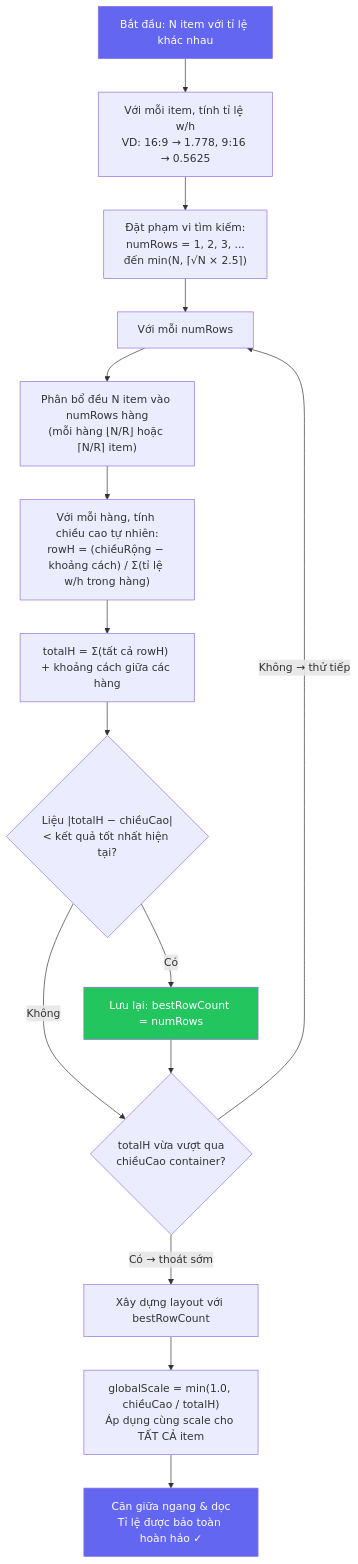
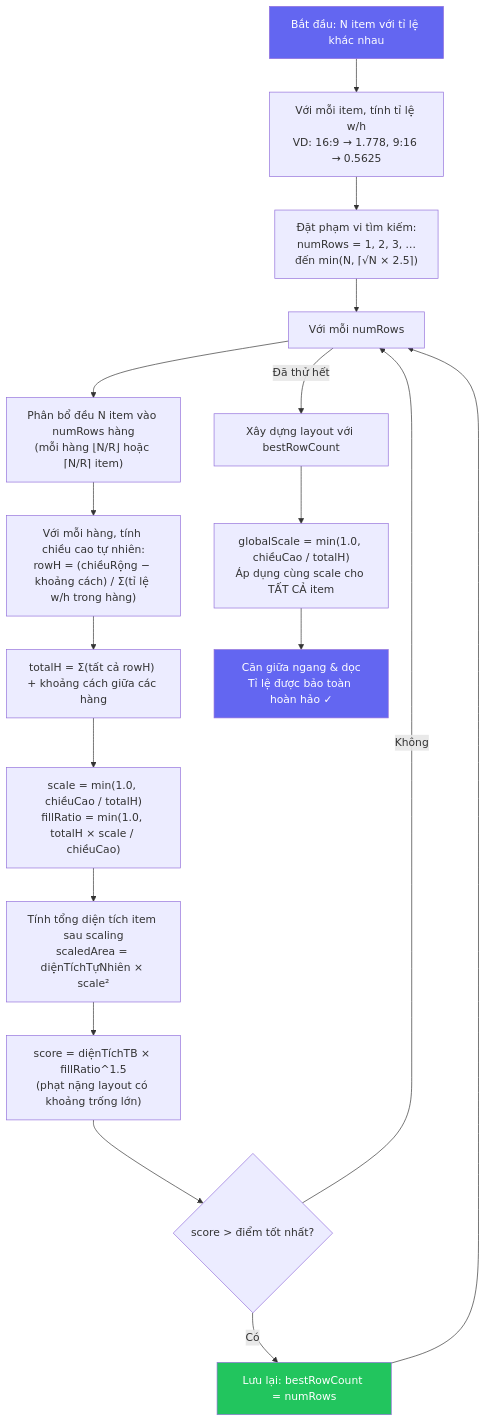
One commit to thangdevalone/meeting-grid-layout changed the diagram in README.vi.md. Above: the diagram before and after it, drawn with Mermaid. The commit also changed other lines of this file and 4 other files, not shown here.

````diff
--- a/README.vi.md
+++ b/README.vi.md
@@ -302,21 +304,23 @@
 ```mermaid
 flowchart TD
     A["Bắt đầu: N item với tỉ lệ khác nhau"] --> B["Với mỗi item, tính tỉ lệ w/h\nVD: 16:9 → 1.778, 9:16 → 0.5625"]
     B --> C["Đặt phạm vi tìm kiếm:\nnumRows = 1, 2, 3, ...\nđến min(N, ⌈√N × 2.5⌉)"]
     C --> D["Với mỗi numRows"]
     D --> E["Phân bổ đều N item vào numRows hàng\n(mỗi hàng ⌊N/R⌋ hoặc ⌈N/R⌉ item)"]
     E --> F["Với mỗi hàng, tính chiều cao tự nhiên:\nrowH = (chiềuRộng − khoảng cách) / Σ(tỉ lệ w/h trong hàng)"]
     F --> G["totalH = Σ(tất cả rowH) + khoảng cách giữa các hàng"]
-    G --> H{"Liệu |totalH − chiềuCao|\n< kết quả tốt nhất hiện tại?"}
-    H -- Có --> I["Lưu lại: bestRowCount = numRows"]
-    H -- Không --> J{"totalH vừa vượt qua\nchiềuCao container?"}
-    I --> J
-    J -- "Có → thoát sớm" --> K["Xây dựng layout với bestRowCount"]
-    J -- "Không → thử tiếp" --> D
-    K --> L["globalScale = min(1.0, chiềuCao / totalH)\nÁp dụng cùng scale cho TẤT CẢ item"]
-    L --> M["Căn giữa ngang & dọc\nTỉ lệ được bảo toàn hoàn hảo ✓"]
+    G --> H["scale = min(1.0, chiềuCao / totalH)\nfillRatio = min(1.0, totalH × scale / chiềuCao)"]
+    H --> I["Tính tổng diện tích item sau scaling\nscaledArea = diệnTíchTựNhiên × scale²"]
+    I --> J["score = diệnTíchTB × fillRatio^1.5\n(phạt nặng layout có khoảng trống lớn)"]
+    J --> K{"score > điểm tốt nhất?"}
+    K -- Có --> L["Lưu lại: bestRowCount = numRows"]
+    K -- Không --> D
+    L --> D
+    D -- "Đã thử hết" --> M["Xây dựng layout với bestRowCount"]
+    M --> N["globalScale = min(1.0, chiềuCao / totalH)\nÁp dụng cùng scale cho TẤT CẢ item"]
+    N --> O["Căn giữa ngang & dọc\nTỉ lệ được bảo toàn hoàn hảo ✓"]
 
     style A fill:#6366f1,color:#fff
-    style I fill:#22c55e,color:#fff
-    style M fill:#6366f1,color:#fff
+    style L fill:#22c55e,color:#fff
+    style O fill:#6366f1,color:#fff
 ```
````
